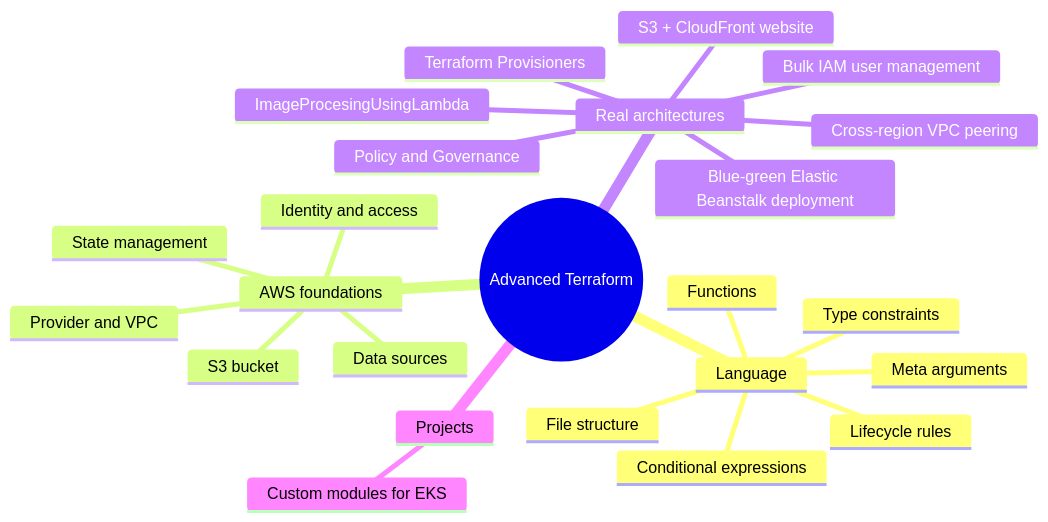
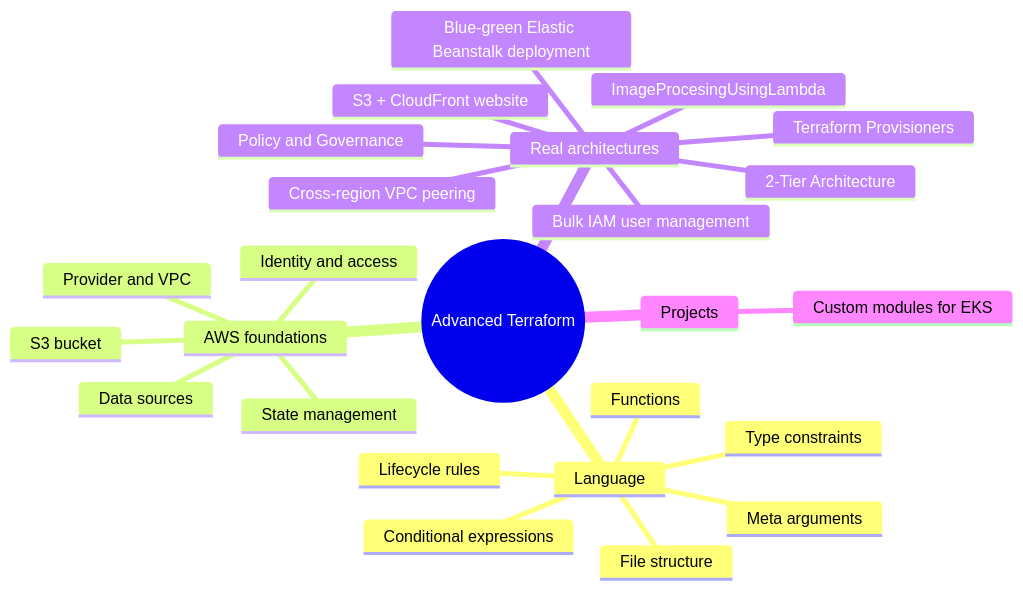
Before and after one commit to Shashwatyarr/Advanced-Terraform: the first of 2 diagrams in README.md, drawn with Mermaid. The commit also changed other lines of this file and 21 other files, not shown here.

Commit message:
2-Tier Architecture

````diff
--- a/README.md
+++ b/README.md
@@ -9,29 +9,30 @@
 ```mermaid
 mindmap
   root((Advanced Terraform))
     Language
       Conditional expressions
       Functions
       Type constraints
       Meta arguments
       Lifecycle rules
       File structure
     AWS foundations
       Provider and VPC
       S3 bucket
       Data sources
       State management
       Identity and access
         
     Real architectures
       S3 + CloudFront website
       Cross-region VPC peering
       Bulk IAM user management
       ImageProcesingUsingLambda
       Terraform Provisioners
       Blue-green Elastic Beanstalk deployment
       Policy and Governance
+      2-Tier Architecture
       
     Projects
       Custom modules for EKS
 ```
````
